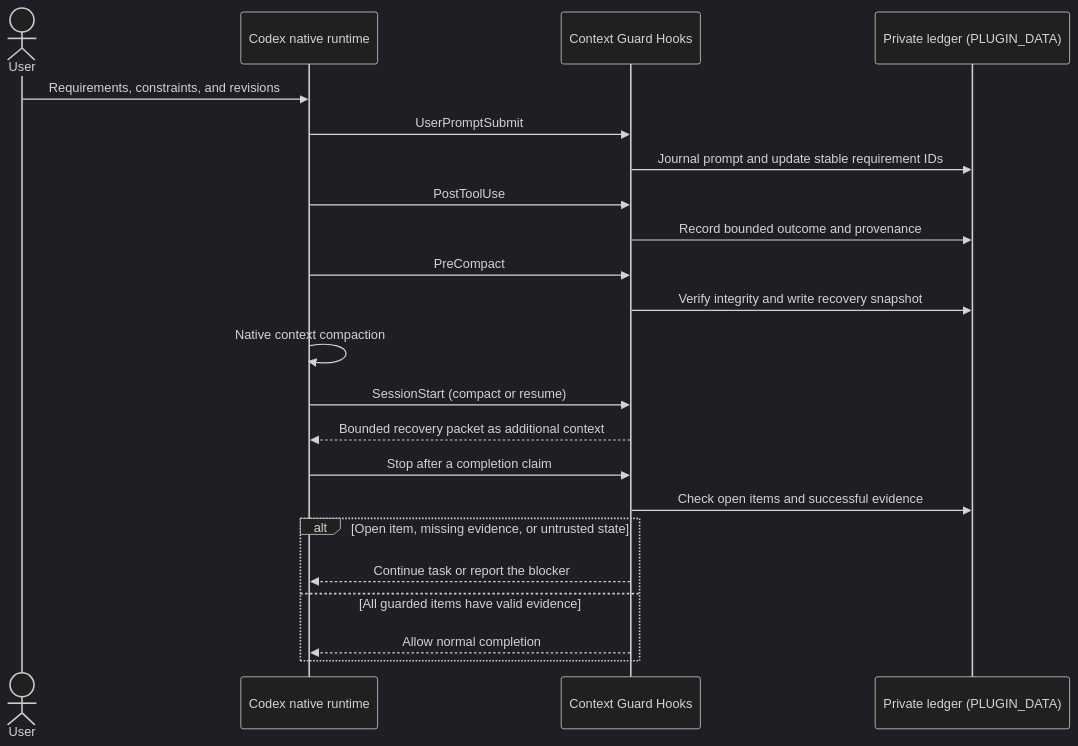
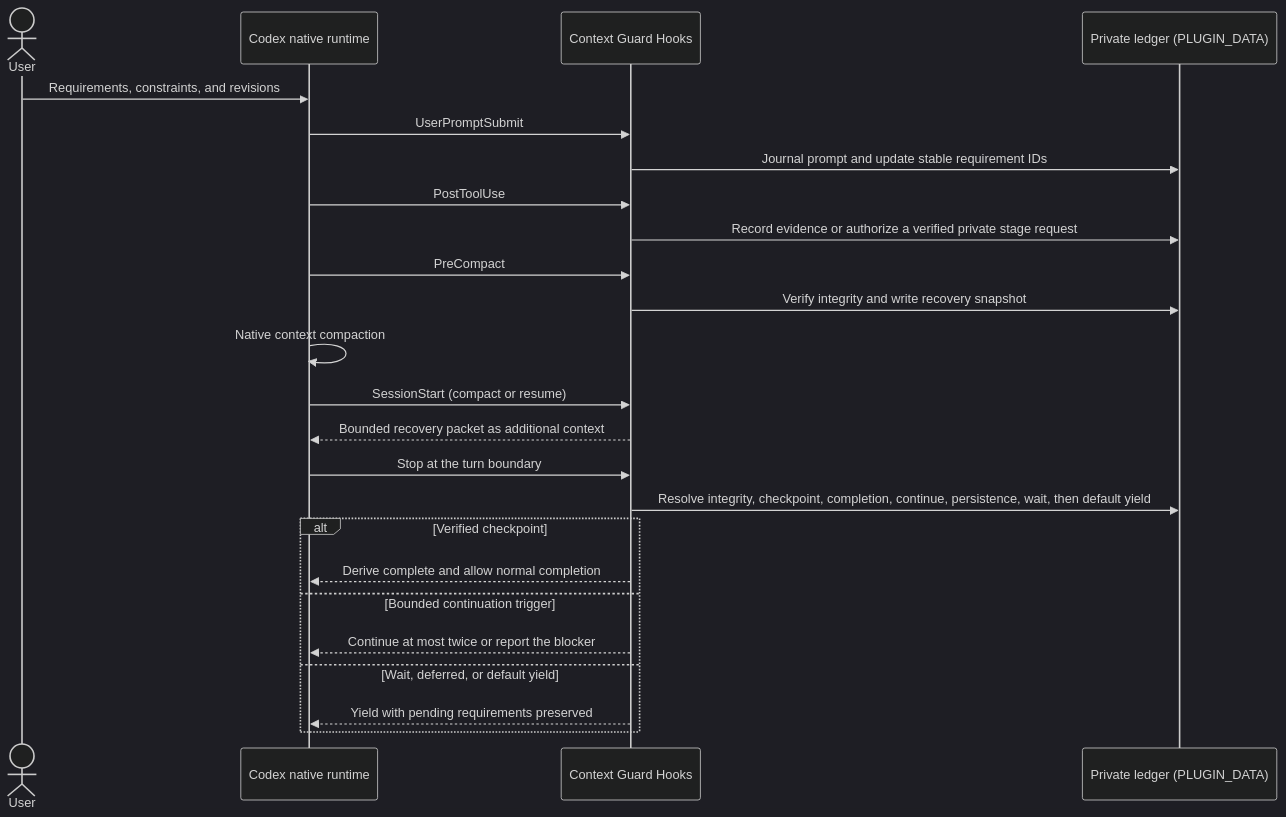
The diagram in docs/ARCHITECTURE.md (GreenLv/codex-context-guard), drawn with Mermaid (dark theme) before and after one commit. The commit also changed other lines of this file and 15 other files, not shown here.

````diff
--- a/docs/ARCHITECTURE.md
+++ b/docs/ARCHITECTURE.md
@@ -22,28 +22,30 @@
 ```mermaid
 sequenceDiagram
     actor User
     participant Codex as Codex native runtime
     participant Hooks as Context Guard Hooks
     participant Ledger as Private ledger (PLUGIN_DATA)
 
     User->>Codex: Requirements, constraints, and revisions
     Codex->>Hooks: UserPromptSubmit
     Hooks->>Ledger: Journal prompt and update stable requirement IDs
 
     Codex->>Hooks: PostToolUse
-    Hooks->>Ledger: Record bounded outcome and provenance
+    Hooks->>Ledger: Record evidence or authorize a verified private stage request
 
     Codex->>Hooks: PreCompact
     Hooks->>Ledger: Verify integrity and write recovery snapshot
     Codex->>Codex: Native context compaction
     Codex->>Hooks: SessionStart (compact or resume)
     Hooks-->>Codex: Bounded recovery packet as additional context
 
-    Codex->>Hooks: Stop after a completion claim
-    Hooks->>Ledger: Check open items and successful evidence
-    alt Open item, missing evidence, or untrusted state
-        Hooks-->>Codex: Continue task or report the blocker
-    else All guarded items have valid evidence
-        Hooks-->>Codex: Allow normal completion
+    Codex->>Hooks: Stop at the turn boundary
+    Hooks->>Ledger: Resolve integrity, checkpoint, completion, continue, persistence, wait, then default yield
+    alt Verified checkpoint
+        Hooks-->>Codex: Derive complete and allow normal completion
+    else Bounded continuation trigger
+        Hooks-->>Codex: Continue at most twice or report the blocker
+    else Wait, deferred, or default yield
+        Hooks-->>Codex: Yield with pending requirements preserved
     end
 ```
````
